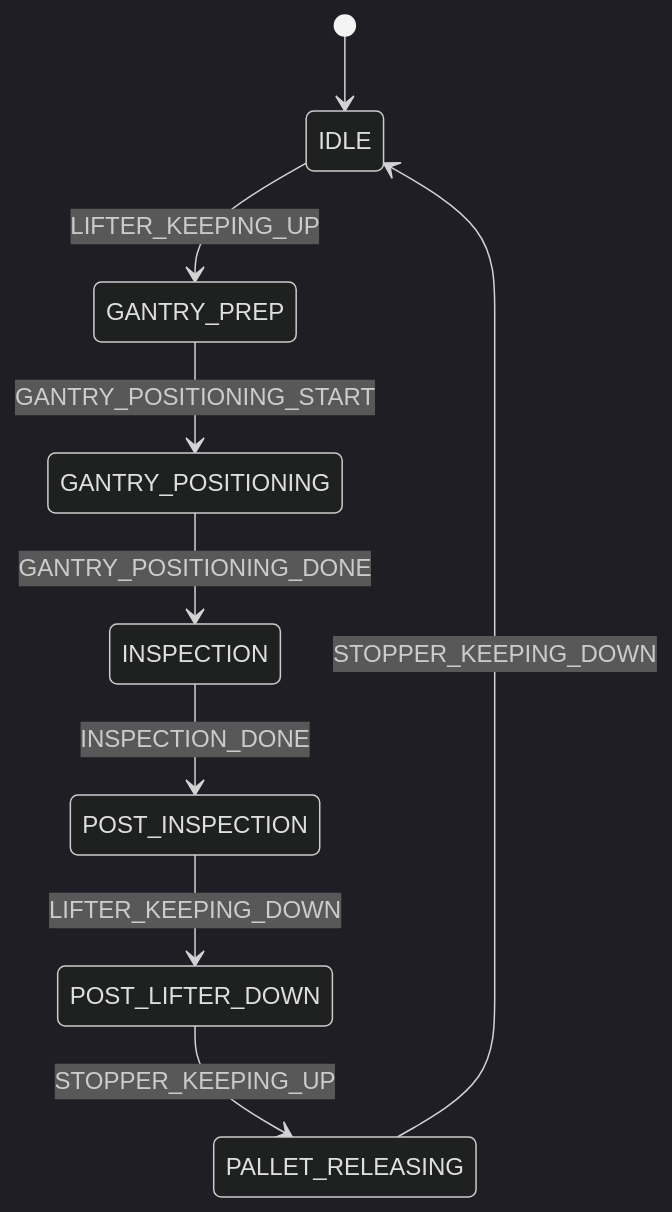
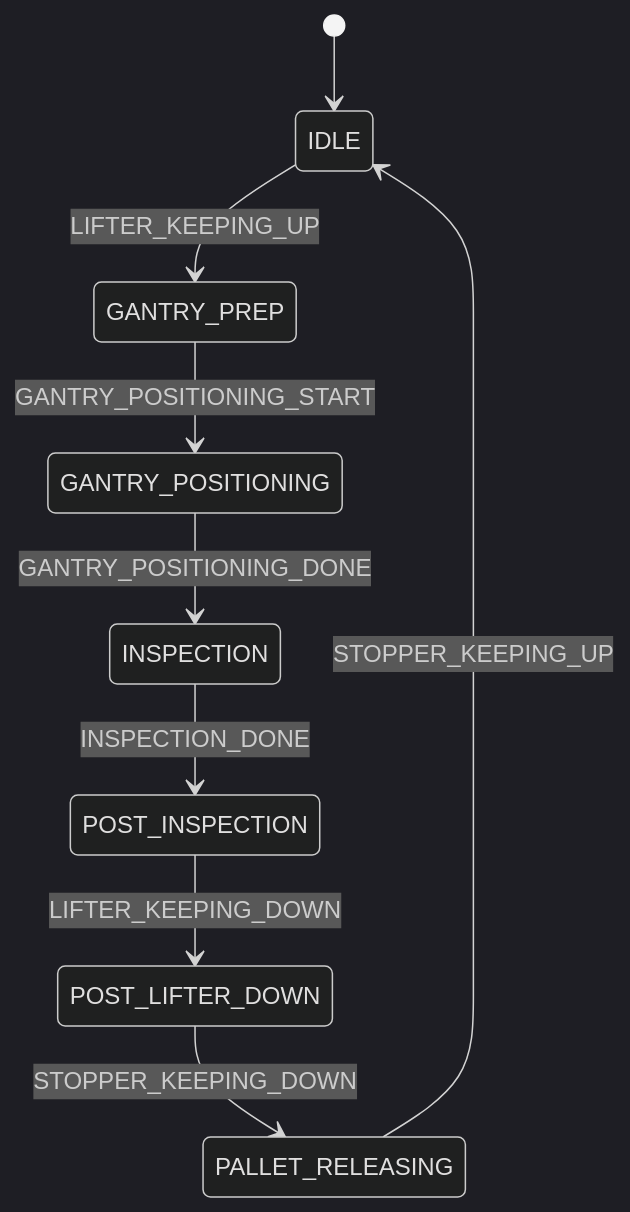
Before and after one commit to dhrv-myelin/asm-predictive-maintenance: the diagram in docs/state_diagrams/inspection.mmd, drawn with Mermaid (dark theme). The commit also changed 4 other files, not shown here.

Commit message:
Updated State diagrams

```diff
--- a/docs/state_diagrams/inspection.mmd
+++ b/docs/state_diagrams/inspection.mmd
@@ -1,10 +1,10 @@
 stateDiagram-v2
     [*] --> IDLE
     
     IDLE --> GANTRY_PREP: LIFTER_KEEPING_UP
     GANTRY_PREP --> GANTRY_POSITIONING: GANTRY_POSITIONING_START
     GANTRY_POSITIONING --> INSPECTION: GANTRY_POSITIONING_DONE
     INSPECTION --> POST_INSPECTION: INSPECTION_DONE
     POST_INSPECTION --> POST_LIFTER_DOWN: LIFTER_KEEPING_DOWN
-    POST_LIFTER_DOWN --> PALLET_RELEASING: STOPPER_KEEPING_UP
-    PALLET_RELEASING --> IDLE: STOPPER_KEEPING_DOWN
+    POST_LIFTER_DOWN --> PALLET_RELEASING: STOPPER_KEEPING_DOWN
+    PALLET_RELEASING --> IDLE: STOPPER_KEEPING_UP
```
